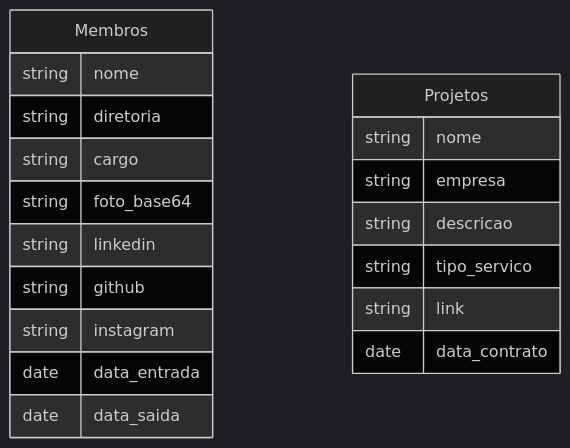
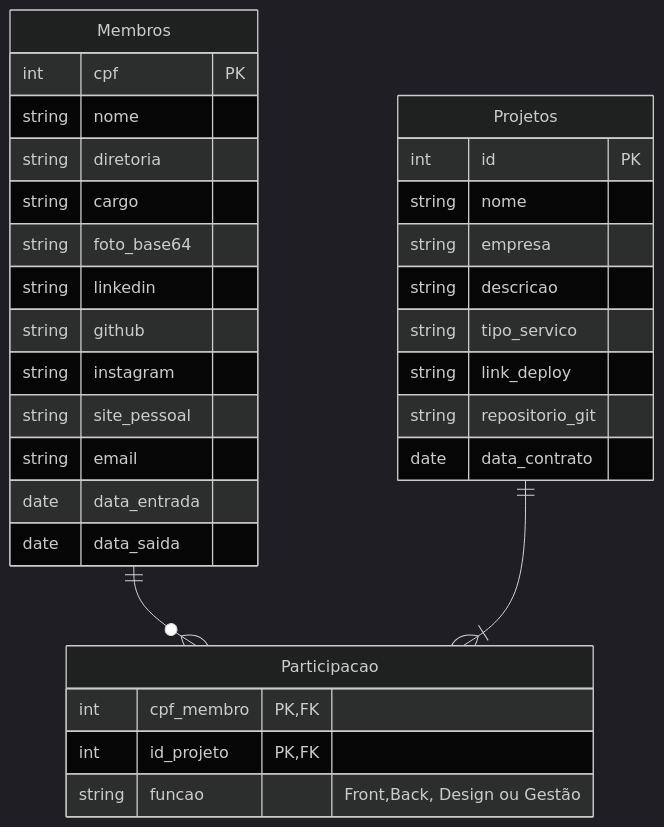
One commit to inove-jr/i9-website changed the diagram in README.md. Above: the diagram before and after it, drawn with Mermaid (dark theme). The commit also changed other lines of this file, not shown here.

Commit message:
docs: add link to visual identity

````diff
--- a/README.md
+++ b/README.md
@@ -79,22 +73,35 @@
 ```mermaid
 erDiagram
     Membros {
+        int cpf PK
         string nome
         string diretoria
         string cargo
         string foto_base64
         string linkedin
         string github
         string instagram
+        string site_pessoal
+        string email
         date data_entrada
         date data_saida
     }
     Projetos {
+        int id PK
         string nome 
         string empresa
         string descricao
         string tipo_servico
-        string link
+        string link_deploy
+        string repositorio_git
         date data_contrato
     }
+    Participacao {
+        int cpf_membro PK,FK
+        int id_projeto PK,FK
+        string funcao "Front,Back, Design ou Gestão"
+    }
+
+    Membros only one to zero or many Participacao : ""
+    Projetos only one to one or many Participacao : ""
 ```
````
